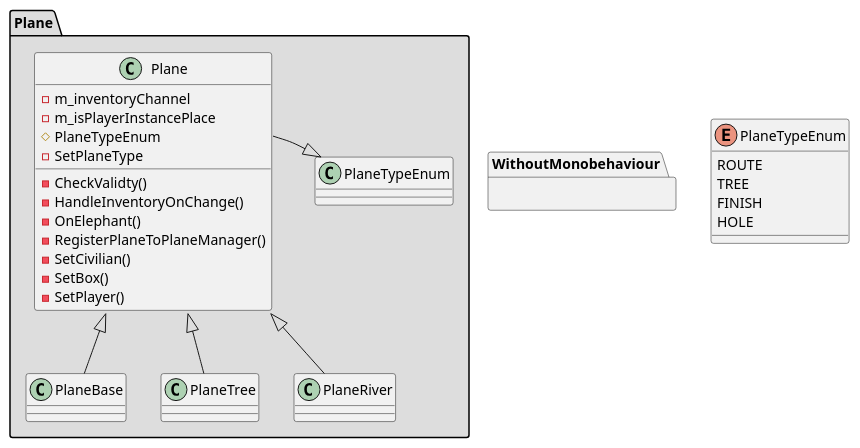
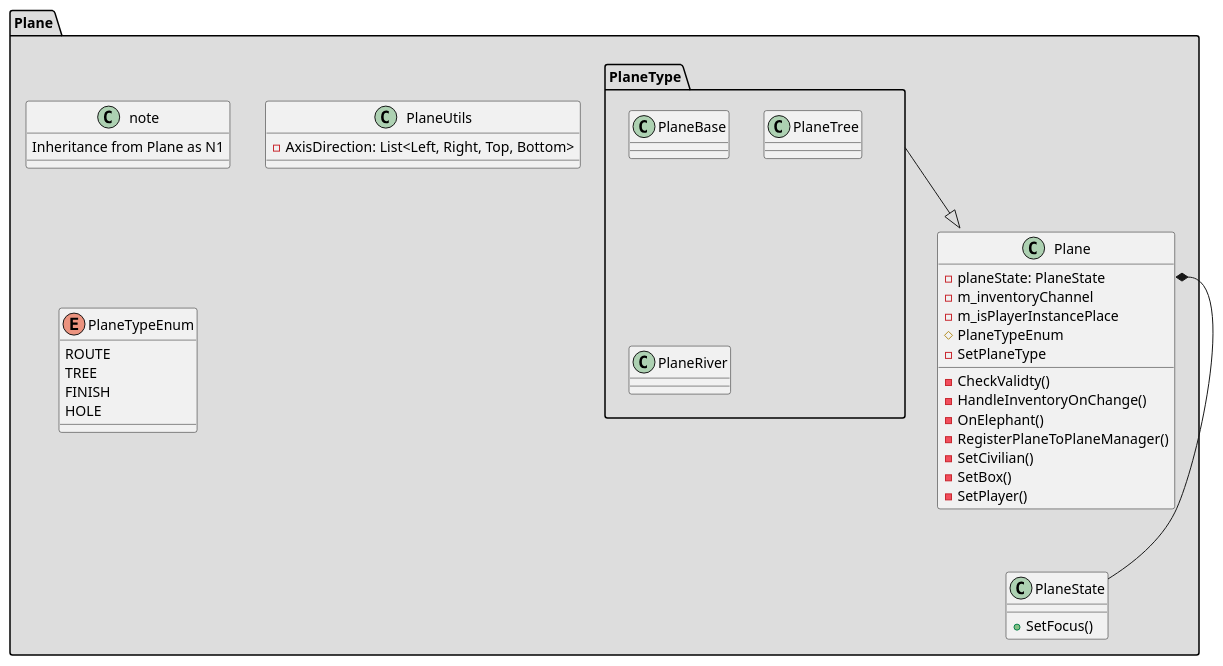
Before and after one commit to rizqyn9/ElephantInRescue: the diagram in Diagram.puml, drawn with PlantUML. The commit also changed 16 other files, not shown here.

```diff
--- a/Diagram.puml
+++ b/Diagram.puml
@@ -1,48 +1,62 @@
 @startuml
 
 ' package Civilian {
 '     class CivilianBase {}
 
 ' }
 
 ' package Player {
 '     class PlayerController {}
 ' }
 
-package WithoutMonobehaviour {    
-}
+' package WithoutMonobehaviour {    
+' }
 
 package Plane #DDDDDD {
     class Plane {
+        -planeState: PlaneState
         -m_inventoryChannel
         -m_isPlayerInstancePlace 
         #PlaneTypeEnum
         -SetPlaneType
         -CheckValidty()
         -HandleInventoryOnChange()
         -OnElephant()
         -RegisterPlaneToPlaneManager()
         -SetCivilian()
         -SetBox()
         -SetPlayer()        
     }
 
-    Plane::PlaneTypeEnum -|> PlaneTypeEnum
+    Plane::planeState *-- PlaneState
 
-    class PlaneBase {}
-    class PlaneTree {}
-    class PlaneRiver {}  
+    package PlaneType {
+        class PlaneBase {}
+        class PlaneTree {}
+        class PlaneRiver {}  
+    }
 
-    Plane <|-- PlaneBase
-    Plane <|-- PlaneTree
-    Plane <|-- PlaneRiver
+    note : Inheritance from Plane as N1
+
+    class PlaneState {
+        +SetFocus()    
+    }
+
+
+    class PlaneUtils {
+        -AxisDirection: List<Left, Right, Top, Bottom>
+
+    }
+
+    PlaneType --|> Plane 
+
+    enum PlaneTypeEnum {
+        ROUTE
+        TREE
+        FINISH
+        HOLE
+    }
 }
 
-enum PlaneTypeEnum {
-    ROUTE
-    TREE
-    FINISH
-    HOLE
-}
 
 @enduml
```
